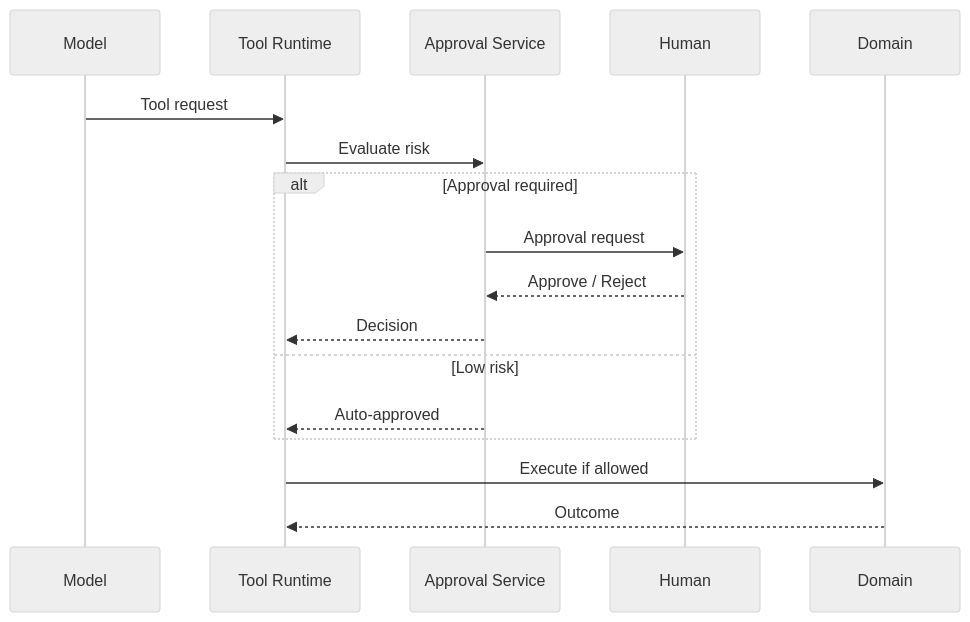
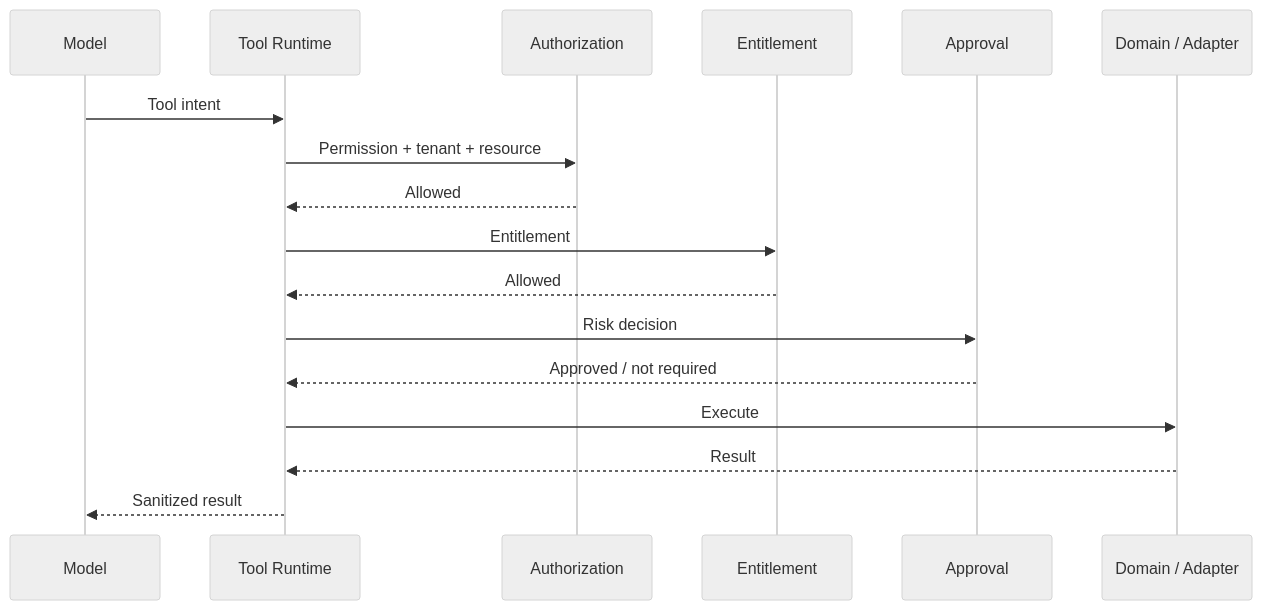
Before and after one commit to D-engahmed/OMILINKS: the third of 4 diagrams in docs/domain/tools.md, drawn with Mermaid (neutral theme). The commit also changed other lines of this file and 1 other file, not shown here.

```diff
--- a/docs/domain/tools.md
+++ b/docs/domain/tools.md
@@ -135,19 +80,19 @@
 ~~~mermaid
 sequenceDiagram
 participant M as Model
 participant R as Tool Runtime
-participant A as Approval Service
-participant H as Human
-participant D as Domain
-M->>R: Tool request
-R->>A: Evaluate risk
-alt Approval required
-  A->>H: Approval request
-  H-->>A: Approve / Reject
-  A-->>R: Decision
-else Low risk
-  A-->>R: Auto-approved
-end
-R->>D: Execute if allowed
-D-->>R: Outcome
+participant Z as Authorization
+participant E as Entitlement
+participant A as Approval
+participant D as Domain / Adapter
+M->>R: Tool intent
+R->>Z: Permission + tenant + resource
+Z-->>R: Allowed
+R->>E: Entitlement
+E-->>R: Allowed
+R->>A: Risk decision
+A-->>R: Approved / not required
+R->>D: Execute
+D-->>R: Result
+R-->>M: Sanitized result
 ~~~
```
